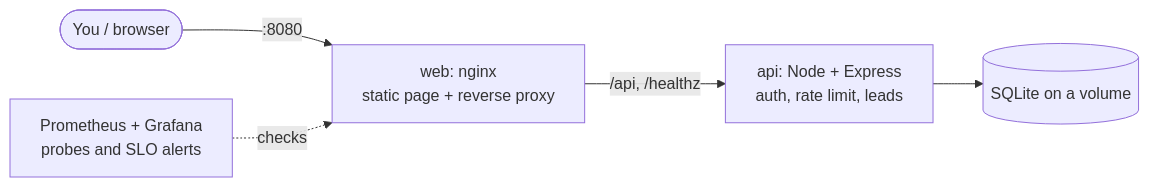
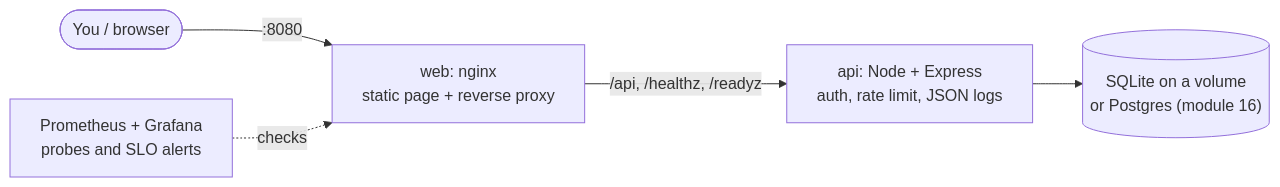
One commit to Rautcode/DevOps_labs changed the first of 2 diagrams in README.md. Above: the diagram before and after it, drawn with Mermaid. The commit also changed other lines of this file and 49 other files, not shown here.

````diff
--- a/README.md
+++ b/README.md
@@ -17,7 +17,7 @@
 ```mermaid
 flowchart LR
   U([You / browser]) -->|:8080| W["web: nginx<br/>static page + reverse proxy"]
-  W -->|/api, /healthz| A["api: Node + Express<br/>auth, rate limit, leads"]
-  A --> D[("SQLite on a volume")]
+  W -->|/api, /healthz, /readyz| A["api: Node + Express<br/>auth, rate limit, JSON logs"]
+  A --> D[("SQLite on a volume<br/>or Postgres (module 16)")]
   P["Prometheus + Grafana<br/>probes and SLO alerts"] -.->|checks| W
 ```
````
